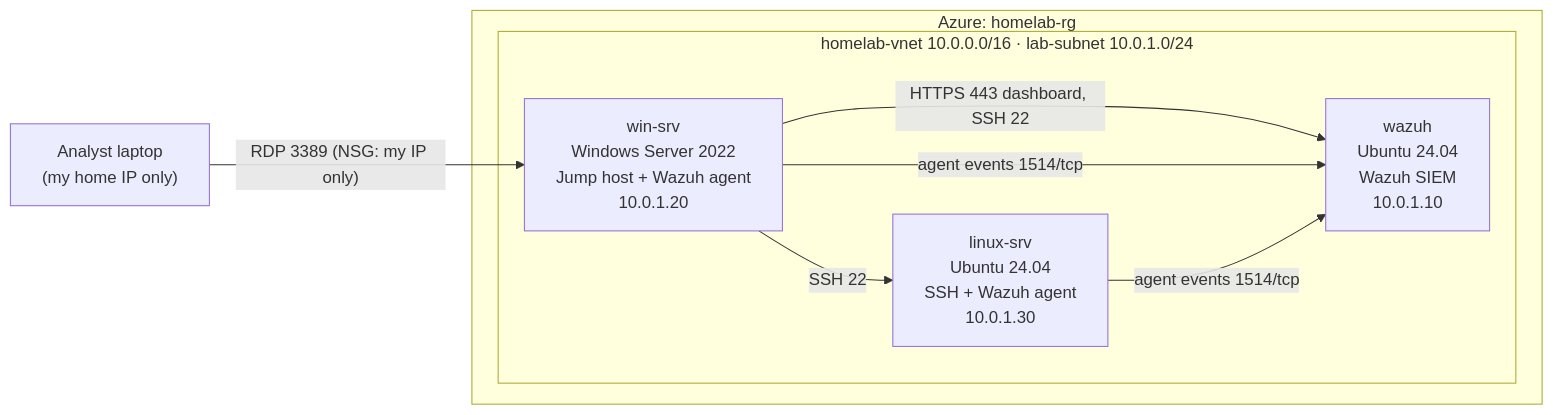
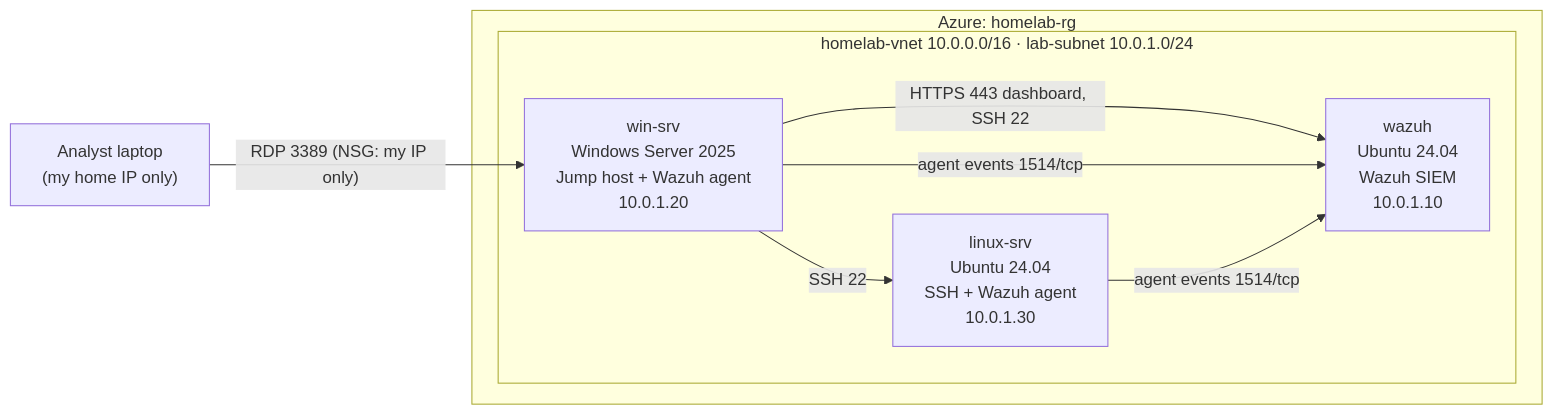
The diagram in README.md (DrvKrv/security-homelab), drawn with Mermaid before and after one commit. The commit also changed other lines of this file and 2 other files, not shown here.

Commit message:
Record the as-built VM versions, sizes and region

````diff
--- a/README.md
+++ b/README.md
@@ -33,16 +33,16 @@
 ```mermaid
 flowchart LR
     ME["Analyst laptop<br/>(my home IP only)"]
     subgraph AZ["Azure: homelab-rg"]
         subgraph VNET["homelab-vnet 10.0.0.0/16 · lab-subnet 10.0.1.0/24"]
-            WIN["win-srv<br/>Windows Server 2022<br/>Jump host + Wazuh agent<br/>10.0.1.20"]
+            WIN["win-srv<br/>Windows Server 2025<br/>Jump host + Wazuh agent<br/>10.0.1.20"]
             WAZUH["wazuh<br/>Ubuntu 24.04<br/>Wazuh SIEM<br/>10.0.1.10"]
             LNX["linux-srv<br/>Ubuntu 24.04<br/>SSH + Wazuh agent<br/>10.0.1.30"]
         end
     end
     ME -- "RDP 3389 (NSG: my IP only)" --> WIN
     WIN -- "HTTPS 443 dashboard, SSH 22" --> WAZUH
     WIN -- "SSH 22" --> LNX
     WIN -- "agent events 1514/tcp" --> WAZUH
     LNX -- "agent events 1514/tcp" --> WAZUH
 ```
````
